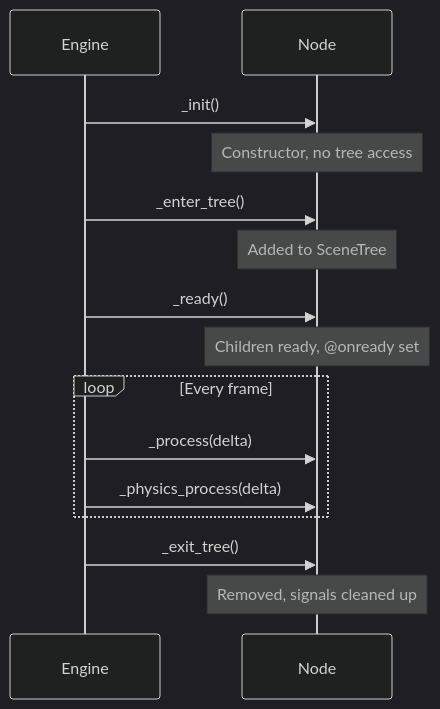
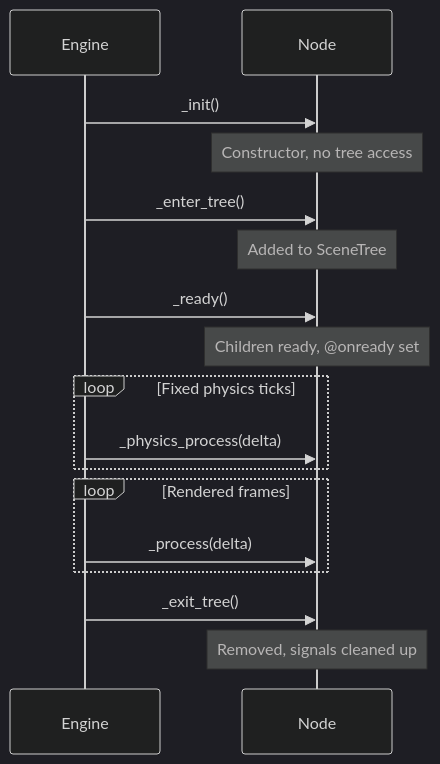
One commit to Jorge-D-Robles/gemini-fantasy changed the second of 2 diagrams in tutorial/04_part_i_review.md. Above: the diagram before and after it, drawn with Mermaid (dark theme). The commit also changed 24 other files, not shown here.

Commit message:
Refine tutorial Mermaid diagrams

````diff
--- a/tutorial/04_part_i_review.md
+++ b/tutorial/04_part_i_review.md
@@ -63,18 +63,20 @@
 ```mermaid
 sequenceDiagram
     participant E as Engine
     participant N as Node
 
     E->>N: _init()
     Note over N: Constructor, no tree access
     E->>N: _enter_tree()
     Note over N: Added to SceneTree
     E->>N: _ready()
     Note over N: Children ready, @onready set
-    loop Every frame
+    loop Fixed physics ticks
+        E->>N: _physics_process(delta)
+    end
+    loop Rendered frames
         E->>N: _process(delta)
-        E->>N: _physics_process(delta)
     end
     E->>N: _exit_tree()
     Note over N: Removed, signals cleaned up
 ```
````
